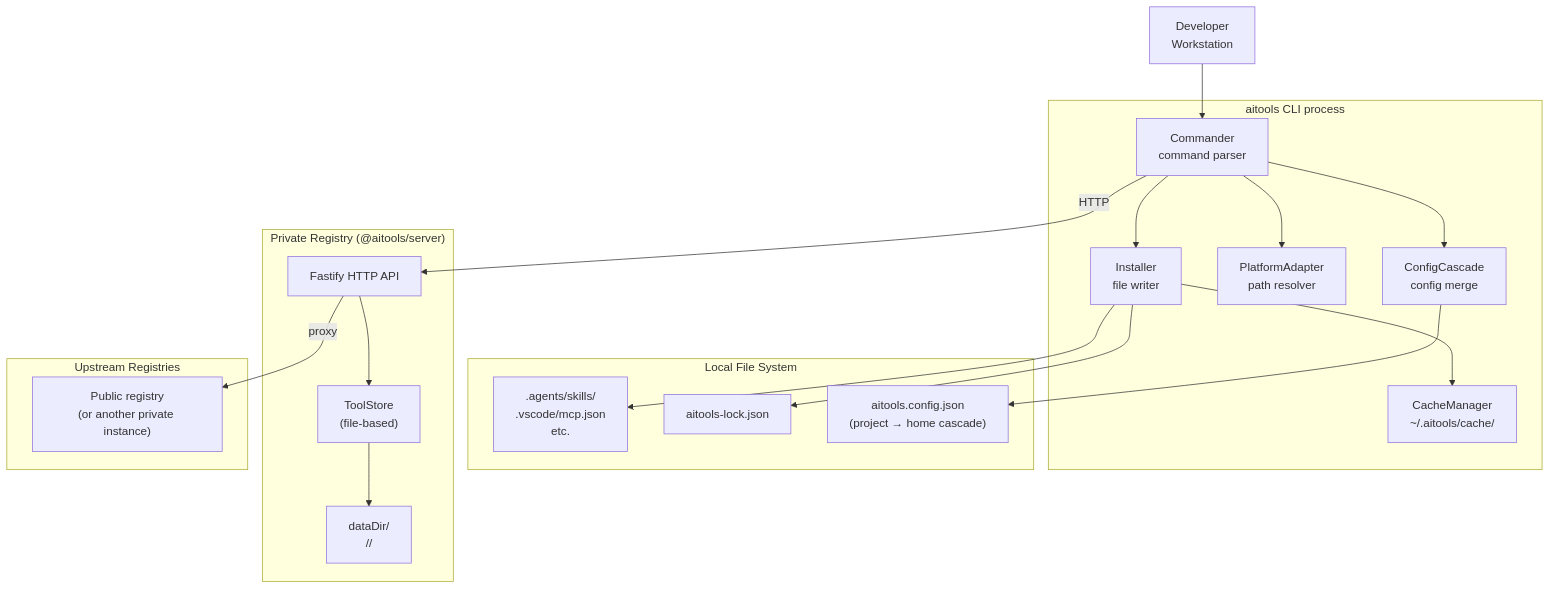
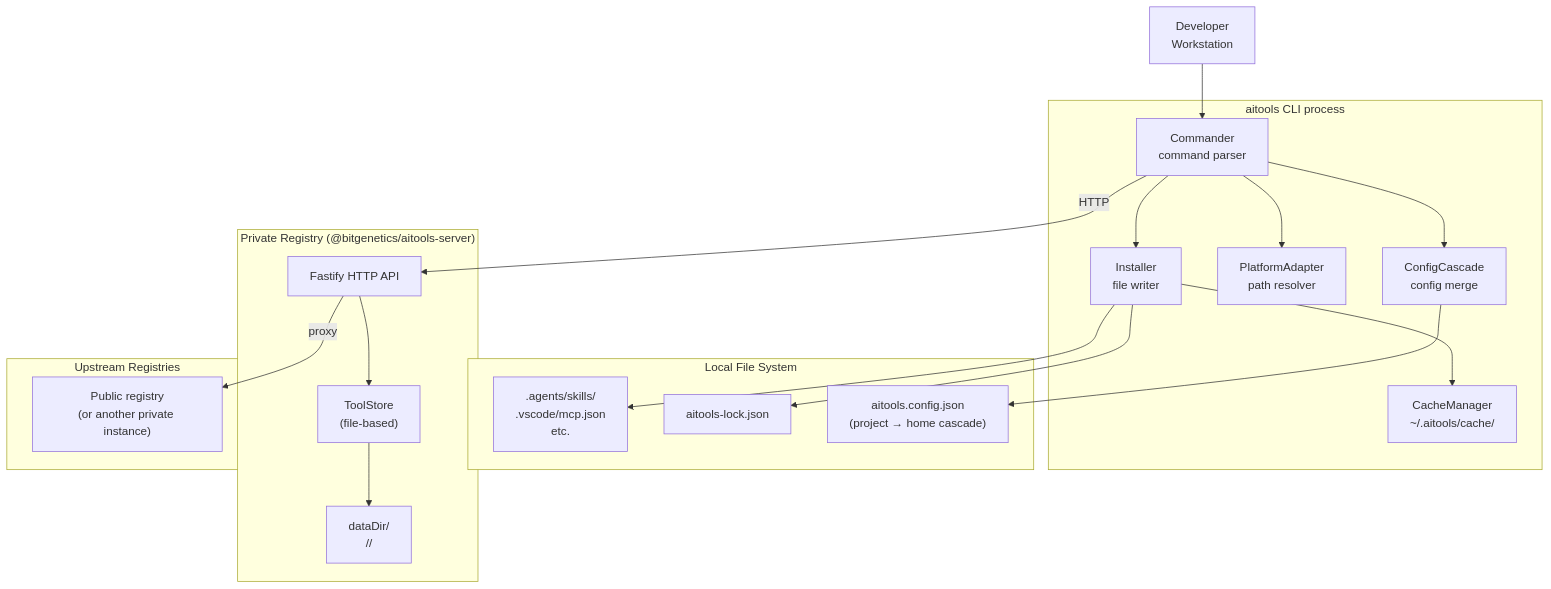
One commit to bitgenetics/aitools changed the second of 7 diagrams in docs/design/architecture.md. Above: the diagram before and after it, drawn with Mermaid. The commit also changed other lines of this file and 159 other files, not shown here.

````diff
--- a/docs/design/architecture.md
+++ b/docs/design/architecture.md
@@ -32,41 +32,41 @@
 ```mermaid
 graph TD
     dev["Developer<br/>Workstation"]
 
     subgraph cli_process["aitools CLI process"]
         cli["Commander<br/>command parser"]
         cfg["ConfigCascade<br/>config merge"]
         adp["PlatformAdapter<br/>path resolver"]
         inst["Installer<br/>file writer"]
         cache["CacheManager<br/>~/.aitools/cache/"]
     end
 
     subgraph fs["Local File System"]
         project_files[".agents/skills/<br/>.vscode/mcp.json<br/>etc."]
         lock["aitools-lock.json"]
         config_files["aitools.config.json<br/>(project → home cascade)"]
     end
 
-    subgraph private_registry["Private Registry (@aitools/server)"]
+    subgraph private_registry["Private Registry (@bitgenetics/aitools-server)"]
         api["Fastify HTTP API"]
         store["ToolStore<br/>(file-based)"]
         data["dataDir/<br/><name>/<version>/"]
     end
 
     subgraph upstream["Upstream Registries"]
         pub["Public registry<br/>(or another private instance)"]
     end
 
     dev --> cli
     cfg --> config_files
     cli --> cfg
     cli --> adp
     cli --> inst
     inst --> cache
     inst --> project_files
     inst --> lock
     cli -- "HTTP" --> api
     api --> store
     store --> data
     api -- "proxy" --> pub
 ```
````
